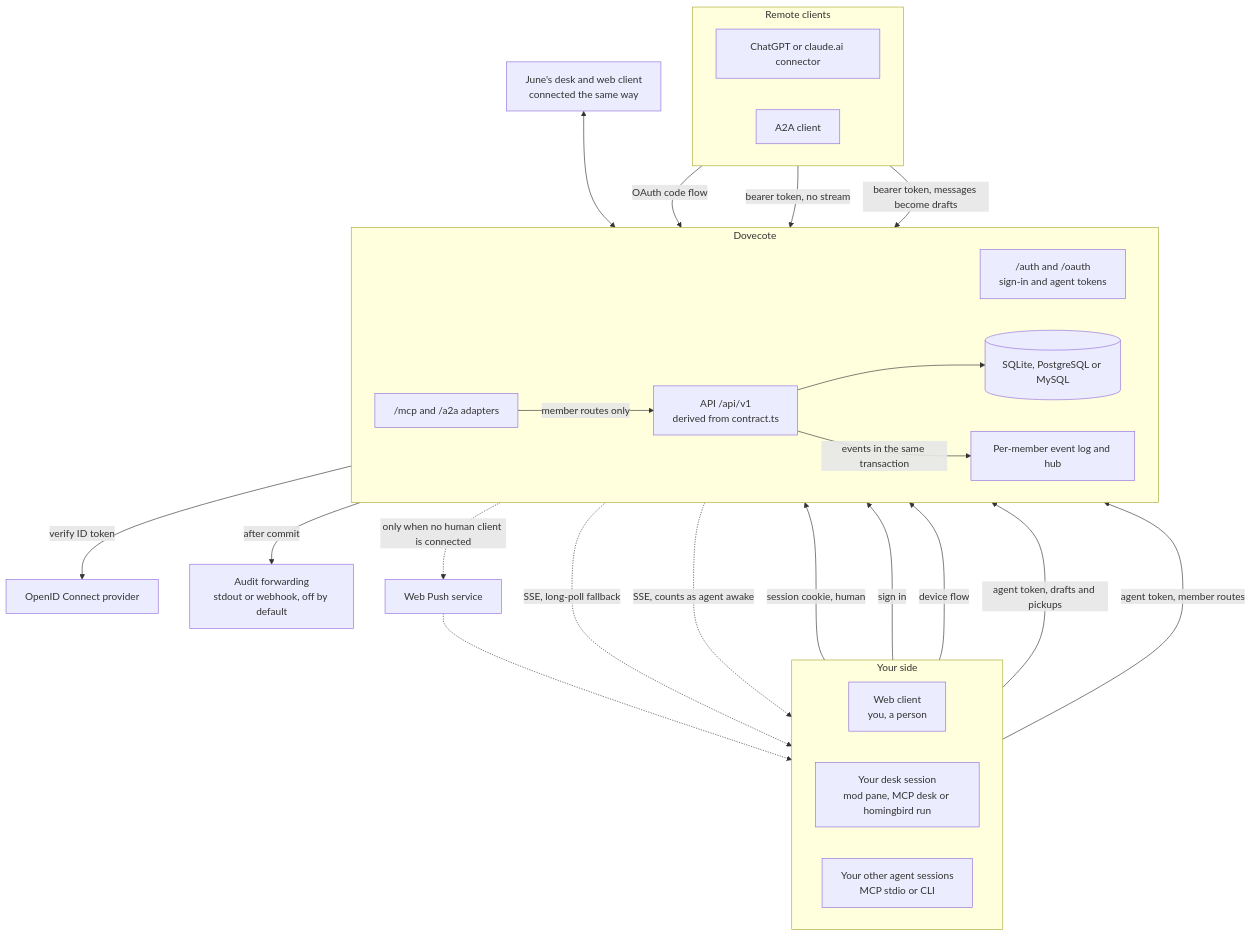
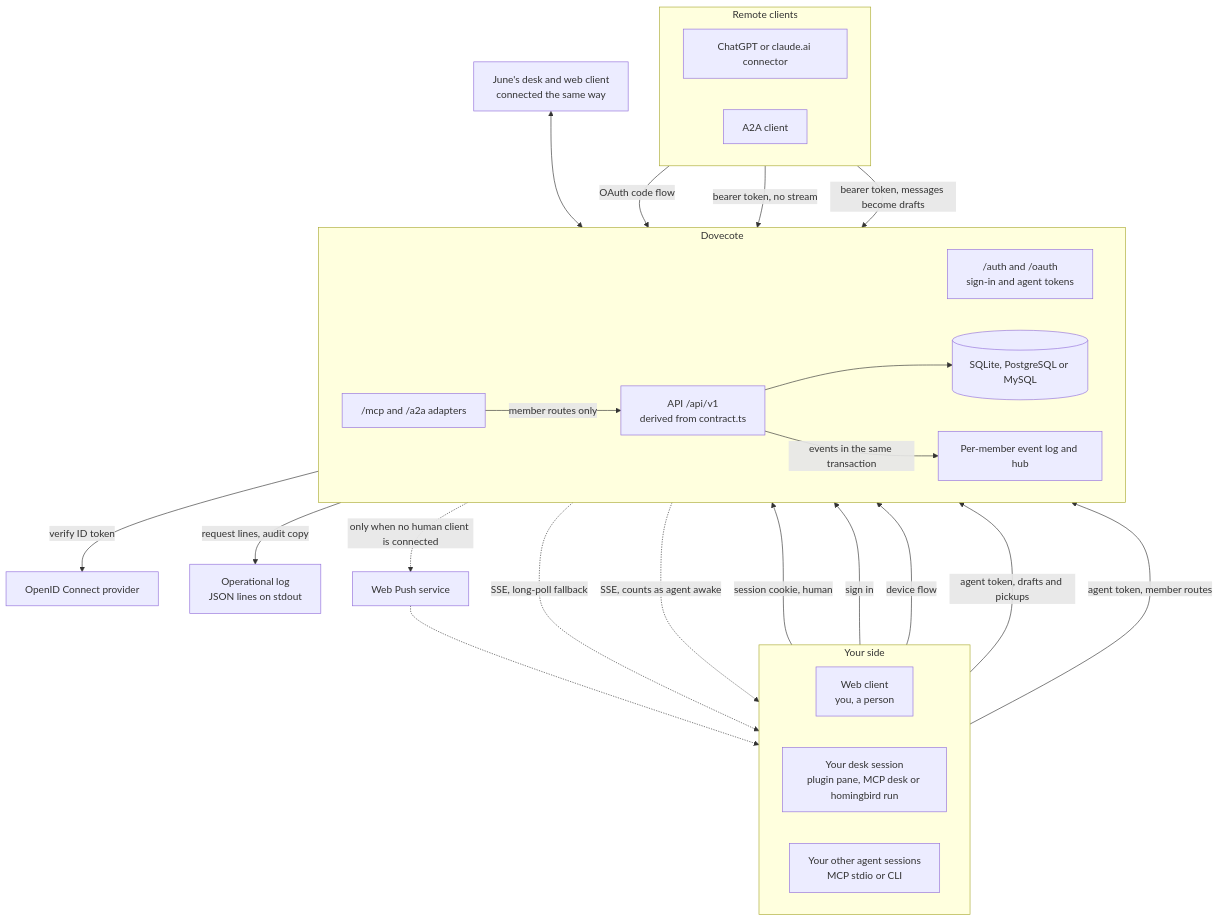
One commit to let-sunny/homingbird changed the first of 10 diagrams in docs/architecture.md. Above: the diagram before and after it, drawn with Mermaid. The commit also changed other lines of this file and 11 other files, not shown here.

First line of the commit message:
docs(repo): update the rules, roadmap and guides for the new structure

````diff
--- a/docs/architecture.md
+++ b/docs/architecture.md
@@ -37,45 +37,45 @@
 ```mermaid
 flowchart TB
   subgraph MINE["Your side"]
     direction LR
     WEB["Web client<br/>you, a person"]
-    DESK["Your desk session<br/>mod pane, MCP desk or homingbird run"]
+    DESK["Your desk session<br/>plugin pane, MCP desk or homingbird run"]
     OTHER["Your other agent sessions<br/>MCP stdio or CLI"]
   end
   subgraph REMOTE["Remote clients"]
     direction LR
     CONN["ChatGPT or claude.ai connector"]
     EXT["A2A client"]
   end
   subgraph SRV["Dovecote"]
     direction LR
     AUTH["/auth and /oauth<br/>sign-in and agent tokens"]
     ADAPT["/mcp and /a2a adapters"]
     API["API /api/v1<br/>derived from contract.ts"]
     EV["Per-member event log and hub"]
     DB[("SQLite, PostgreSQL or MySQL")]
   end
   IDP["OpenID Connect provider"]
   JUNE["June's desk and web client<br/>connected the same way"]
-  AUD["Audit forwarding<br/>stdout or webhook, off by default"]
+  AUD["Operational log<br/>JSON lines on stdout"]
   PUSH["Web Push service"]
 
   WEB -->|"session cookie, human"| API
   WEB -->|"sign in"| AUTH
   AUTH -->|"verify ID token"| IDP
   DESK -->|"device flow"| AUTH
   DESK -->|"agent token, drafts and pickups"| API
   OTHER -->|"agent token, member routes"| API
   CONN -->|"OAuth code flow"| AUTH
   CONN -->|"bearer token, no stream"| ADAPT
   EXT -->|"bearer token, messages become drafts"| ADAPT
   ADAPT -->|"member routes only"| API
   API --> DB
   API -->|"events in the same transaction"| EV
-  API -->|"after commit"| AUD
+  API -->|"request lines, audit copy"| AUD
   EV -.->|"SSE, long-poll fallback"| WEB
   EV -.->|"SSE, counts as agent awake"| DESK
   EV -.->|"only when no human client is connected"| PUSH
   PUSH -.-> WEB
   JUNE <--> API
 ```
````
